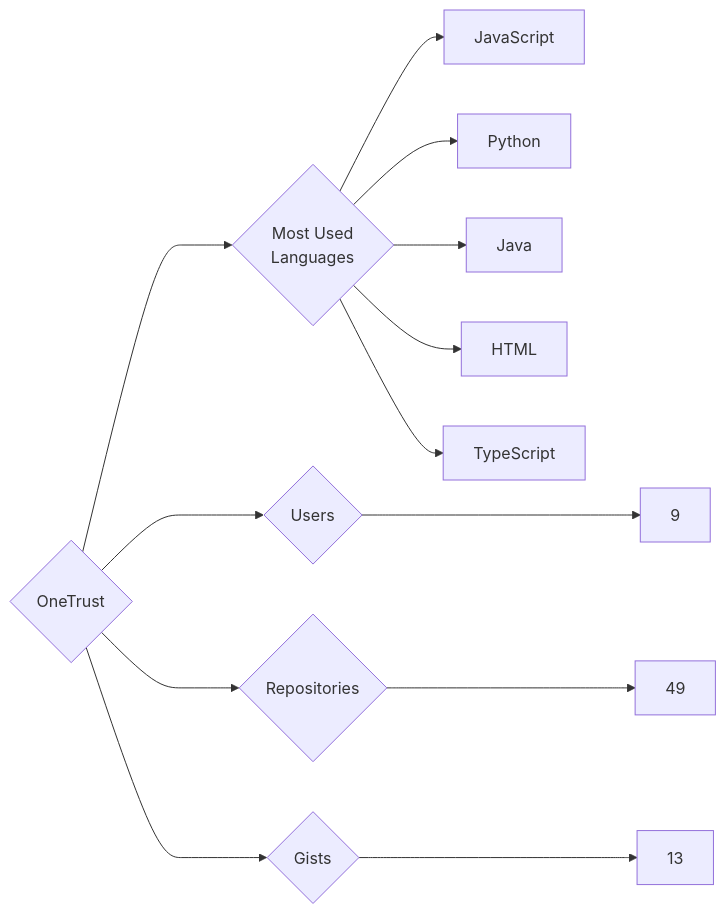
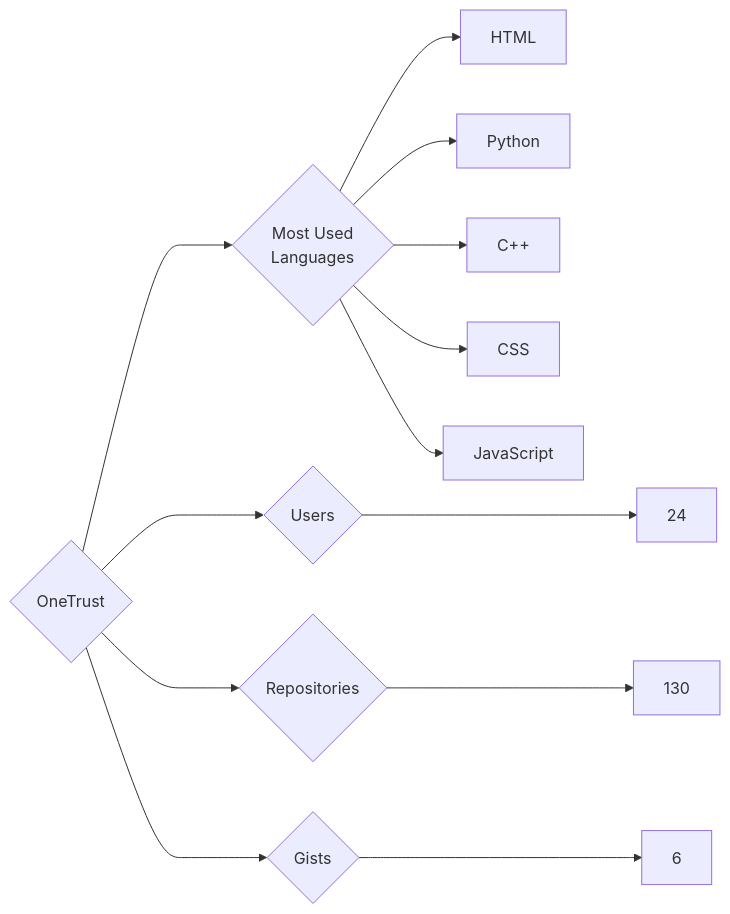
The diagram in targets/OneTrust/README.md (trickest/insiders), drawn with Mermaid before and after one commit. The commit also changed 976 other files, not shown here.

````diff
--- a/targets/OneTrust/README.md
+++ b/targets/OneTrust/README.md
@@ -3,13 +3,13 @@
 ```mermaid
 graph LR
 COMPANY_NAME{OneTrust}
-COMPANY_NAME ---> U{Users} ---> UN[9]
-COMPANY_NAME ---> R{Repositories} ---> RN[49]
-COMPANY_NAME ---> G{Gists} ---> GN[13]
+COMPANY_NAME ---> U{Users} ---> UN[24]
+COMPANY_NAME ---> R{Repositories} ---> RN[130]
+COMPANY_NAME ---> G{Gists} ---> GN[6]
 COMPANY_NAME ---> ML{Most Used<br>Languages}
+ML --> HTML[HTML]
+ML --> Python[Python]
+ML --> C++[C++]
+ML --> CSS[CSS]
 ML --> JavaScript[JavaScript]
-ML --> Python[Python]
-ML --> Java[Java]
-ML --> HTML[HTML]
-ML --> TypeScript[TypeScript]
 ```
````
